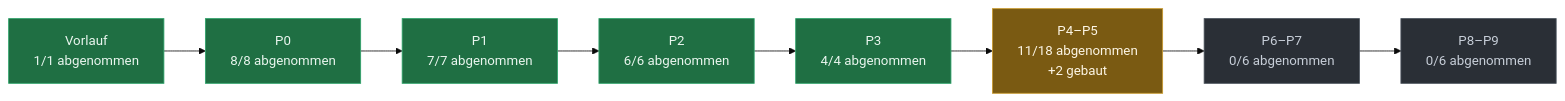
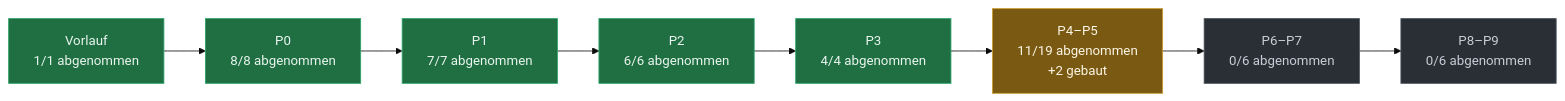
One commit to evenacadia-tech/Nakama changed the diagram in docs/PLAN-STAND.md. Above: the diagram before and after it, drawn with Mermaid (base theme). The commit also changed other lines of this file, not shown here.

````diff
--- a/docs/PLAN-STAND.md
+++ b/docs/PLAN-STAND.md
@@ -37,21 +37,21 @@
 ```mermaid
 flowchart LR
   P0["Vorlauf<br/>1/1 abgenommen"]:::fertig
   P1["P0<br/>8/8 abgenommen"]:::fertig
   P0 --> P1
   P2["P1<br/>7/7 abgenommen"]:::fertig
   P1 --> P2
   P3["P2<br/>6/6 abgenommen"]:::fertig
   P2 --> P3
   P4["P3<br/>4/4 abgenommen"]:::fertig
   P3 --> P4
-  P5["P4–P5<br/>11/18 abgenommen<br/>+2 gebaut"]:::laeuft
+  P5["P4–P5<br/>11/19 abgenommen<br/>+2 gebaut"]:::laeuft
   P4 --> P5
   P6["P6–P7<br/>0/6 abgenommen"]:::offen
   P5 --> P6
   P7["P8–P9<br/>0/6 abgenommen"]:::offen
   P6 --> P7
   classDef fertig fill:#1f6f43,stroke:#2ea36a,color:#eaf6ef
   classDef laeuft fill:#7a5a12,stroke:#c99a2e,color:#fdf6e6
   classDef offen  fill:#2a2f36,stroke:#4a525c,color:#c7ced8
 ```
````
